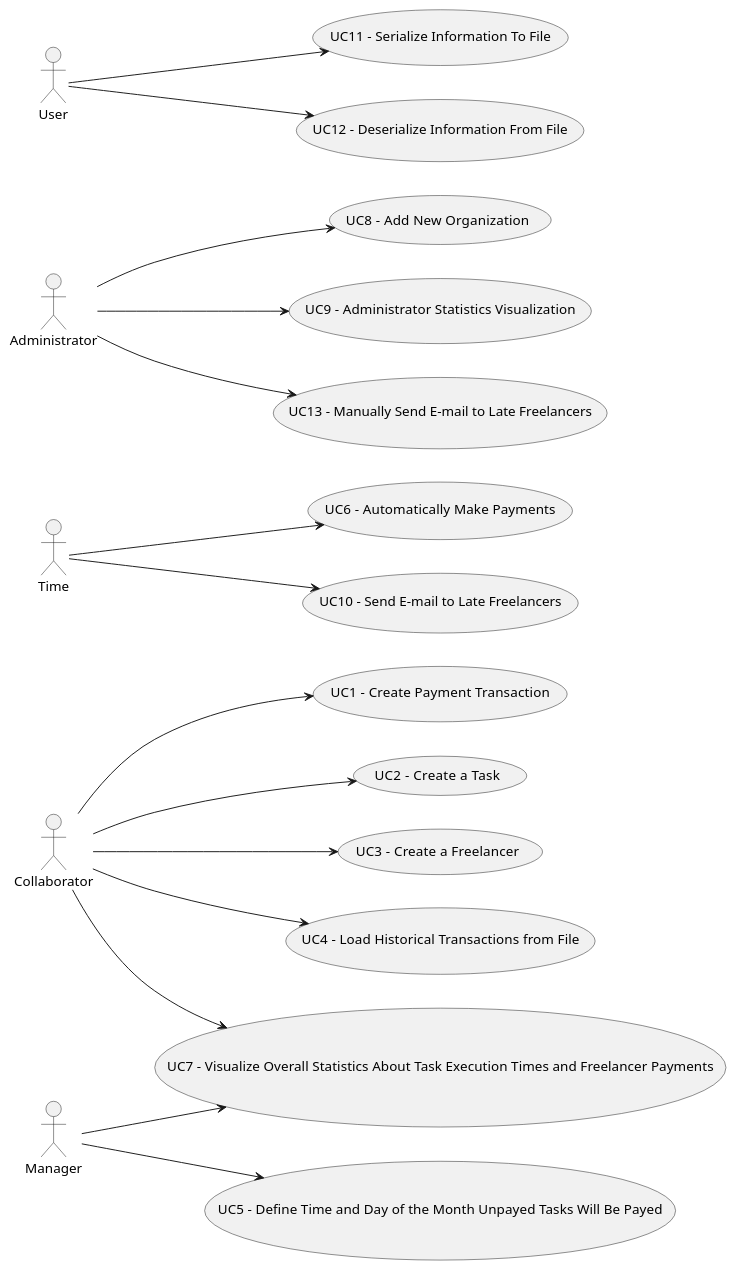
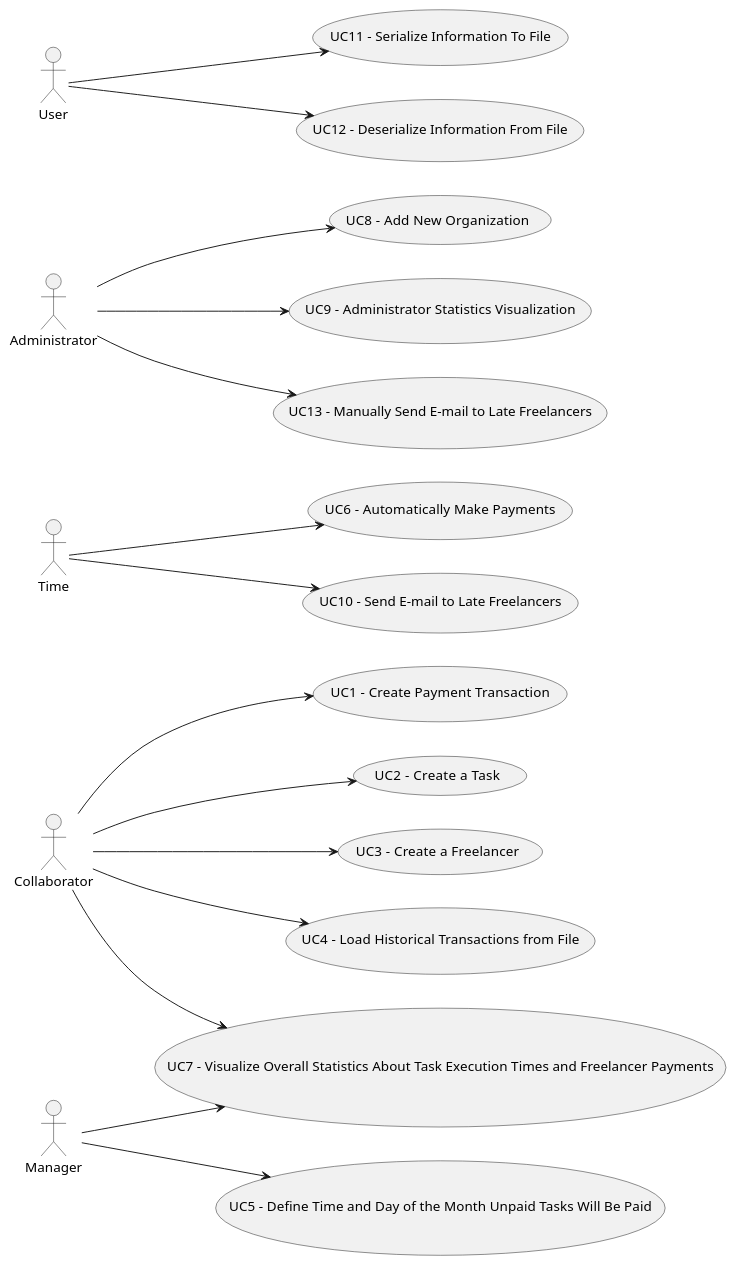
One commit to botelho-io/lapr2-2020-g029 changed the diagram in docs/DUC/DUC.puml. Above: the diagram before and after it, drawn with PlantUML. The commit also changed 23 other files, not shown here.

Commit message:
Spelling fixes "payed" ---> "paid"

```diff
--- a/docs/DUC/DUC.puml
+++ b/docs/DUC/DUC.puml
@@ -1,46 +1,46 @@
 @startuml DUC
 
 usecase UC1  as "UC1  - Create Payment Transaction"
 usecase UC2  as "UC2  - Create a Task"
 usecase UC3  as "UC3  - Create a Freelancer"
 usecase UC4  as "UC4  - Load Historical Transactions from File"
-usecase UC5  as "UC5  - Define Time and Day of the Month Unpayed Tasks Will Be Payed"
+usecase UC5  as "UC5  - Define Time and Day of the Month Unpaid Tasks Will Be Paid"
 usecase UC6  as "UC6  - Automatically Make Payments"
 usecase UC7  as "UC7  - Visualize Overall Statistics About Task Execution Times and Freelancer Payments"
 usecase UC8  as "UC8  - Add New Organization"
 usecase UC9  as "UC9  - Administrator Statistics Visualization"
 usecase UC10 as "UC10 - Send E-mail to Late Freelancers"
 usecase UC11 as "UC11 - Serialize Information To File"
 usecase UC12 as "UC12 - Deserialize Information From File"
 usecase UC13 as "UC13 - Manually Send E-mail to Late Freelancers"
 
 actor Collaborator as C
 actor Manager as M
 actor Administrator as A
 actor Time as T
 actor User as U
 
 left to right direction
 
 C --> (UC1)
 C --> (UC2)
 C --> (UC3)
 C --> (UC4)
 
 M --> (UC5)
 
 T --> (UC6)
 
 C --> (UC7)
 M --> (UC7)
 
 A --> (UC8)
 A --> (UC9)
 A --> (UC13)
 
 T --> (UC10)
 
 U --> (UC11)
 U --> (UC12)
 
 @enduml
```
